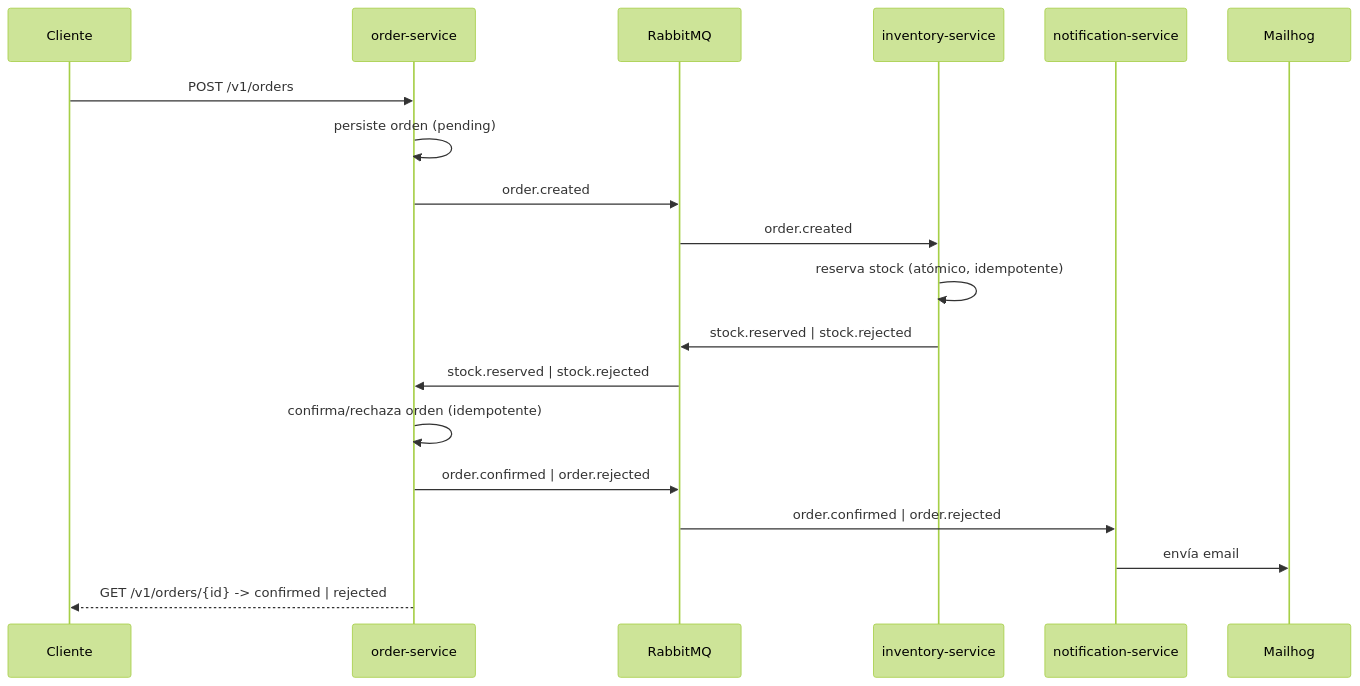
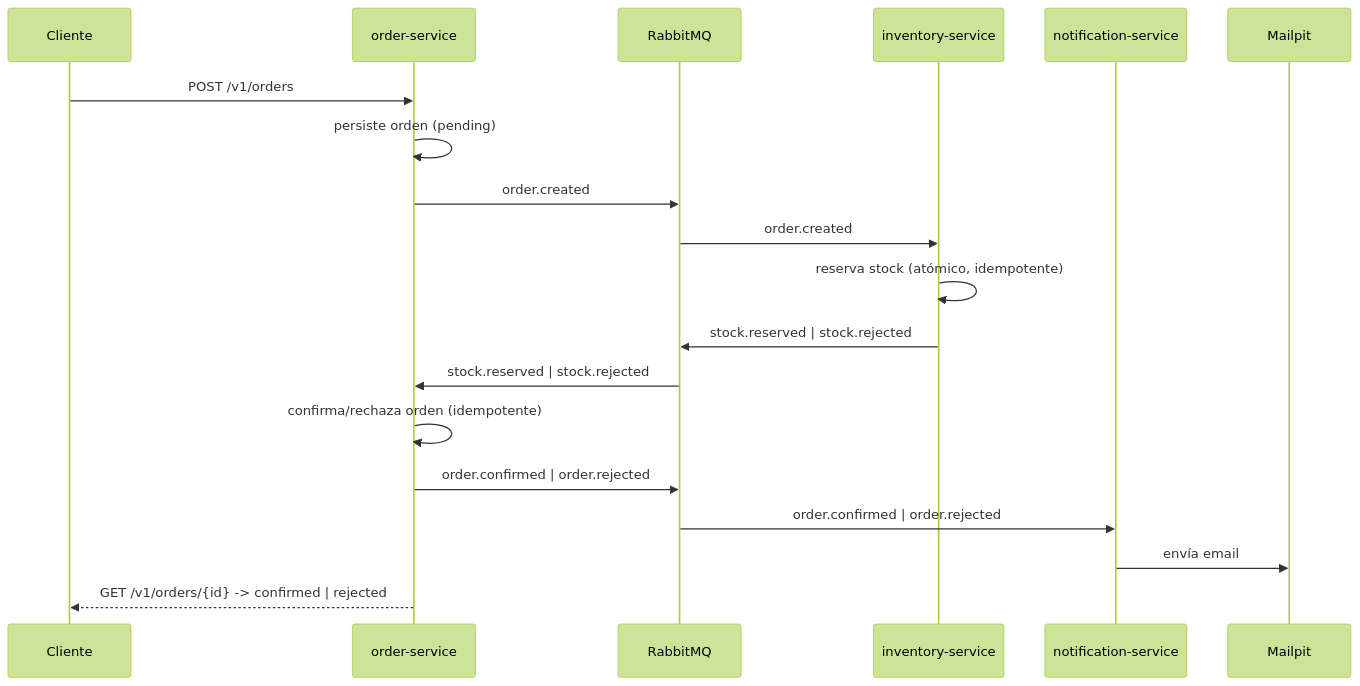
One commit to MauriDev94/event-driven-orders changed the diagram in README.md. Above: the diagram before and after it, drawn with Mermaid (forest theme). The commit also changed other lines of this file and 11 other files, not shown here.

Commit message:
docs: Mailpit en README, CLAUDE.md, roadmap y docstrings

````diff
--- a/README.md
+++ b/README.md
@@ -35,22 +35,22 @@
 ```mermaid
 sequenceDiagram
     participant C as Cliente
     participant O as order-service
     participant Q as RabbitMQ
     participant I as inventory-service
     participant N as notification-service
-    participant M as Mailhog
+    participant M as Mailpit
 
     C->>O: POST /v1/orders
     O->>O: persiste orden (pending)
     O->>Q: order.created
     Q->>I: order.created
     I->>I: reserva stock (atómico, idempotente)
     I->>Q: stock.reserved | stock.rejected
     Q->>O: stock.reserved | stock.rejected
     O->>O: confirma/rechaza orden (idempotente)
     O->>Q: order.confirmed | order.rejected
     Q->>N: order.confirmed | order.rejected
     N->>M: envía email
     O-->>C: GET /v1/orders/{id} -> confirmed | rejected
 ```
````
